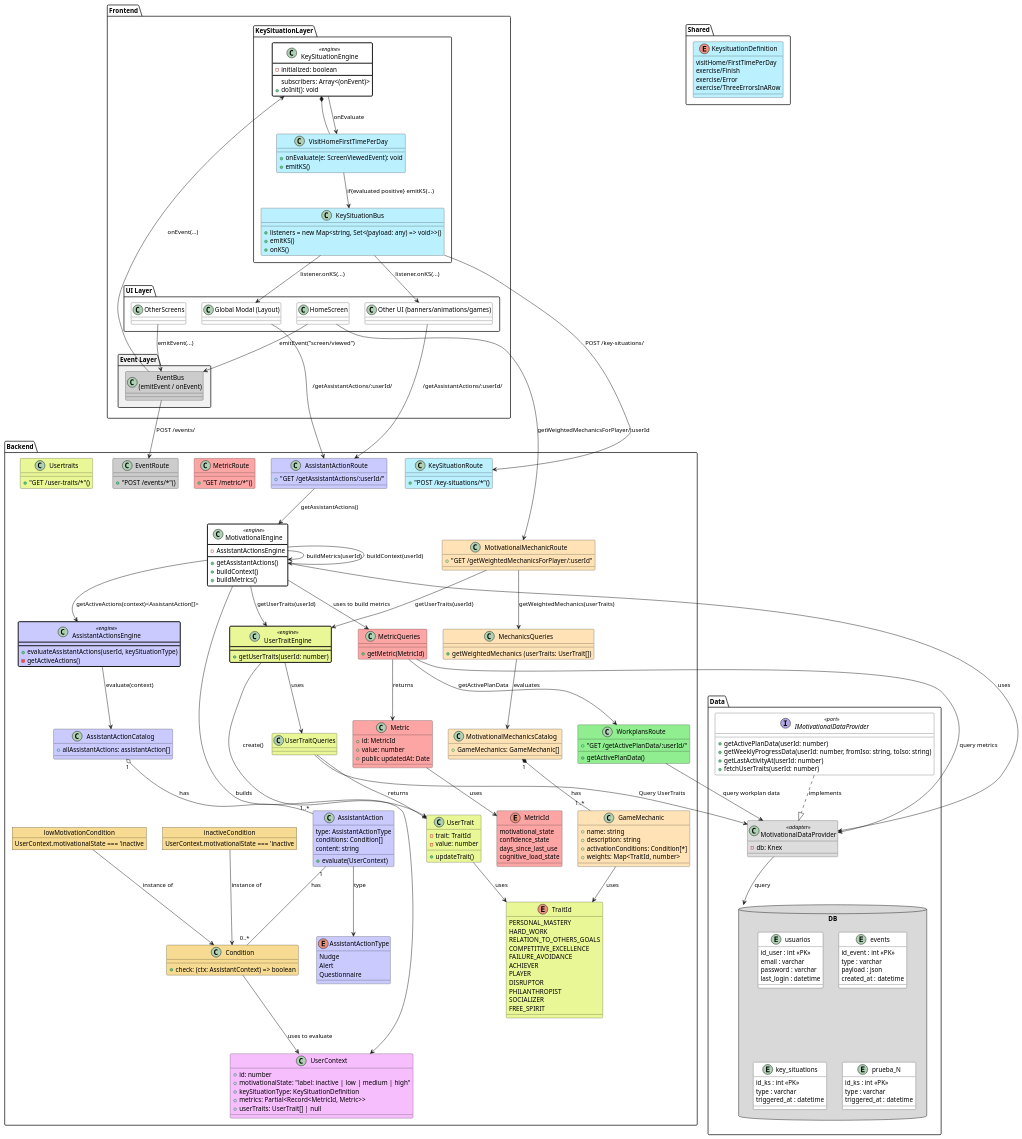
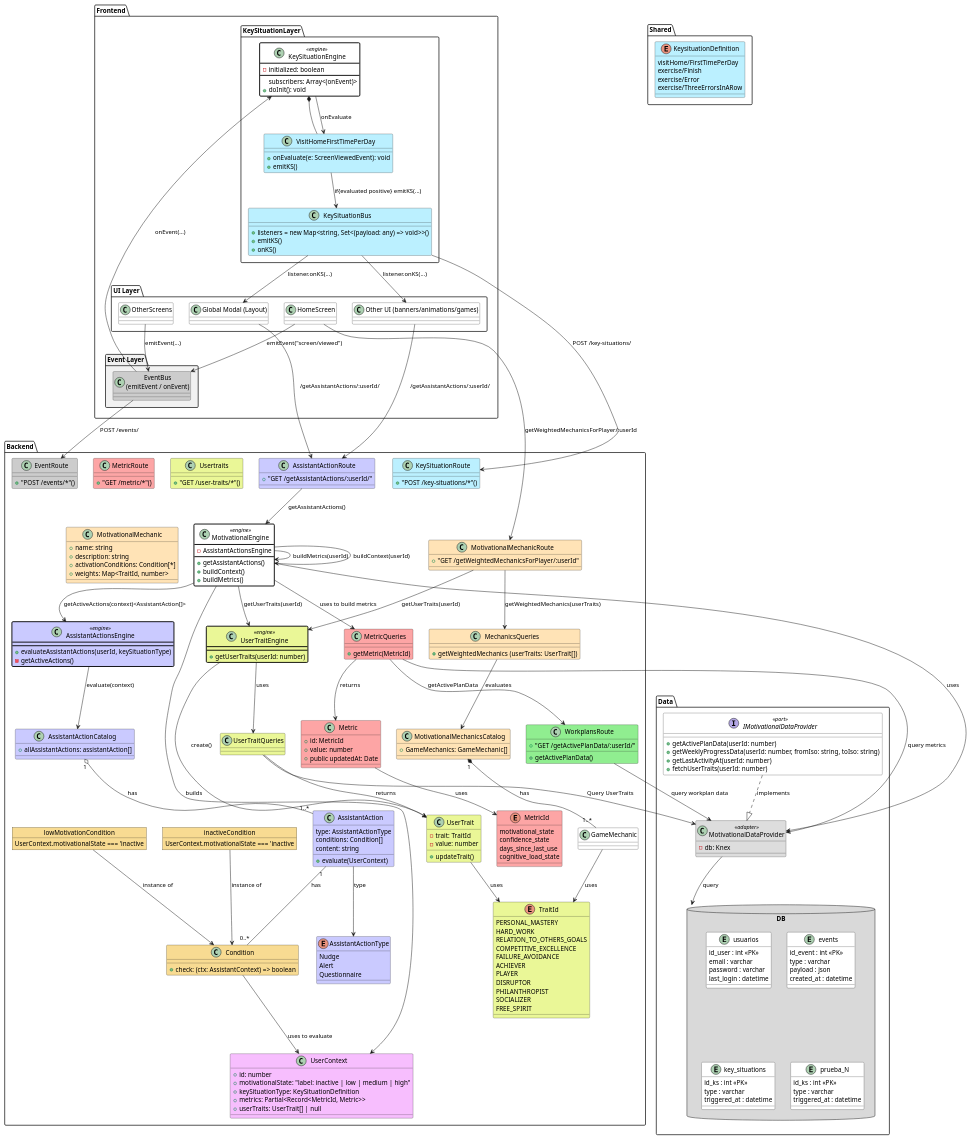
Before and after one commit to Maks-stack/ontology: the first of 2 diagrams in Architecture/DetailedImplementationArchitecture.puml, drawn with PlantUML. The commit also changed 7 other files, not shown here.

```diff
--- a/Architecture/DetailedImplementationArchitecture.puml
+++ b/Architecture/DetailedImplementationArchitecture.puml
@@ -180,7 +180,7 @@
     +GameMechanics: GameMechanic[]
   }
 
-  class GameMechanic #ffe3b6ff {
+  class MotivationalMechanic #ffe3b6ff {
     + name: string
     + description: string
     + activationConditions: Condition[*]
```
